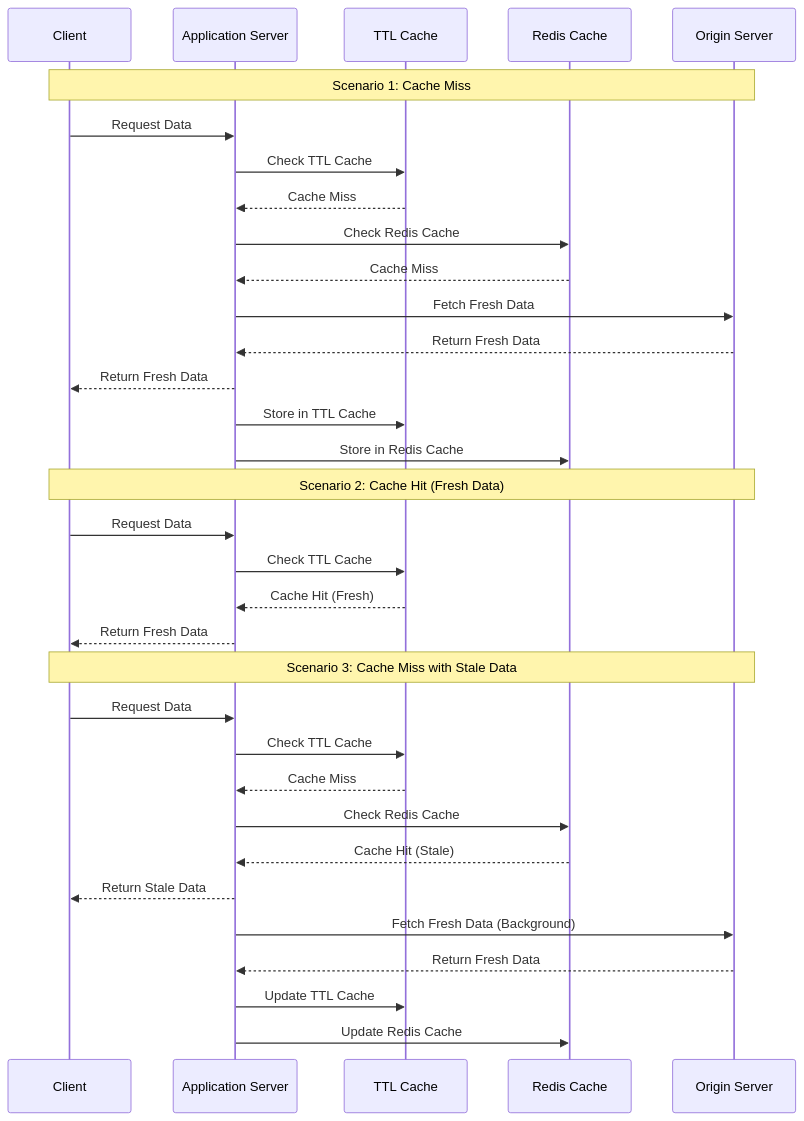
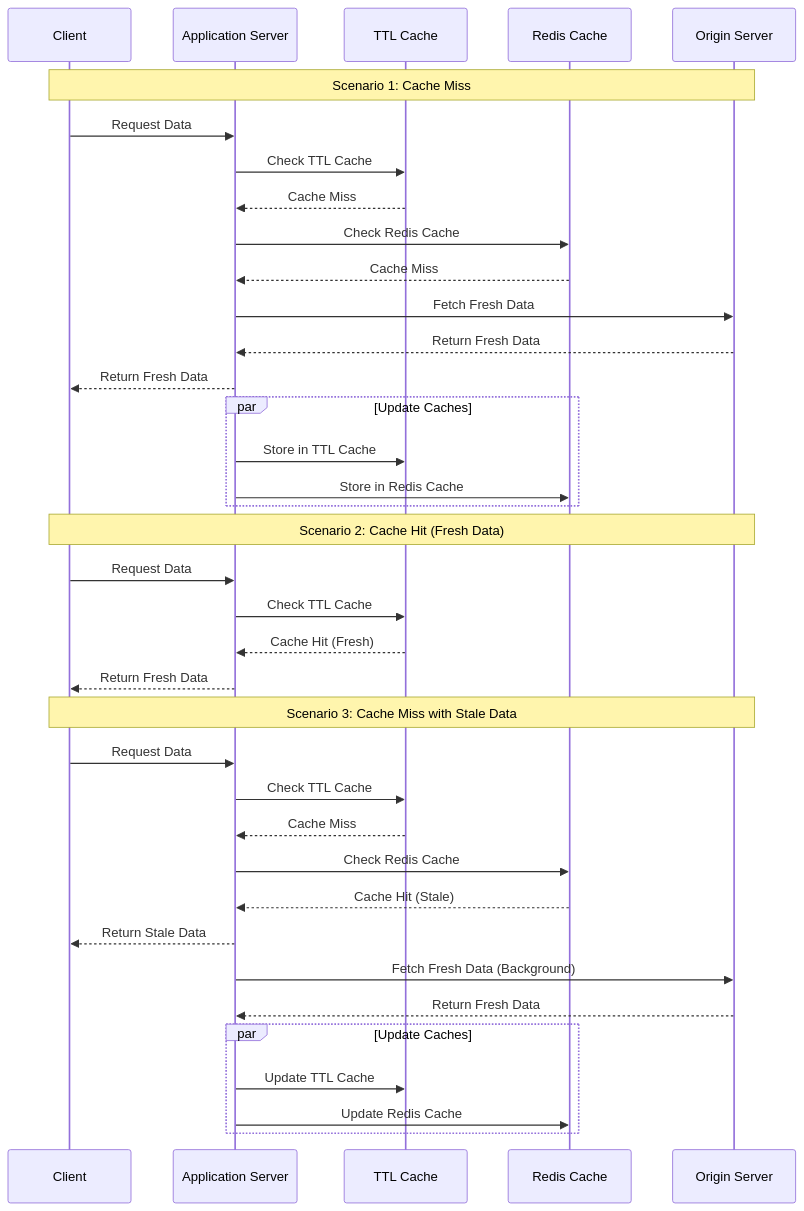
One commit to alexanderchan/memocache changed the diagram in docs/src/assets/overview-diagram.md. Above: the diagram before and after it, drawn with Mermaid. The commit also changed 3 other files, not shown here.

````diff
--- a/docs/src/assets/overview-diagram.md
+++ b/docs/src/assets/overview-diagram.md
@@ -3,41 +3,45 @@
 ```mermaid
 sequenceDiagram
     participant Client
     participant App as Application Server
     participant TTL as TTL Cache
     participant Redis as Redis Cache
     participant Origin as Origin Server
 
     Note over Client,Origin: Scenario 1: Cache Miss
 
     Client->>App: Request Data
     App->>TTL: Check TTL Cache
     TTL-->>App: Cache Miss
     App->>Redis: Check Redis Cache
     Redis-->>App: Cache Miss
     App->>Origin: Fetch Fresh Data
     Origin-->>App: Return Fresh Data
     App-->>Client: Return Fresh Data
-    App->>TTL: Store in TTL Cache
-    App->>Redis: Store in Redis Cache
+    par Update Caches
+        App->>TTL: Store in TTL Cache
+        App->>Redis: Store in Redis Cache
+    end
 
     Note over Client,Origin: Scenario 2: Cache Hit (Fresh Data)
 
     Client->>App: Request Data
     App->>TTL: Check TTL Cache
     TTL-->>App: Cache Hit (Fresh)
     App-->>Client: Return Fresh Data
 
     Note over Client,Origin: Scenario 3: Cache Miss with Stale Data
 
     Client->>App: Request Data
     App->>TTL: Check TTL Cache
     TTL-->>App: Cache Miss
     App->>Redis: Check Redis Cache
     Redis-->>App: Cache Hit (Stale)
     App-->>Client: Return Stale Data
     App->>Origin: Fetch Fresh Data (Background)
     Origin-->>App: Return Fresh Data
-    App->>TTL: Update TTL Cache
-    App->>Redis: Update Redis Cache
+    par Update Caches
+        App->>TTL: Update TTL Cache
+        App->>Redis: Update Redis Cache
+    end
 ```
````
